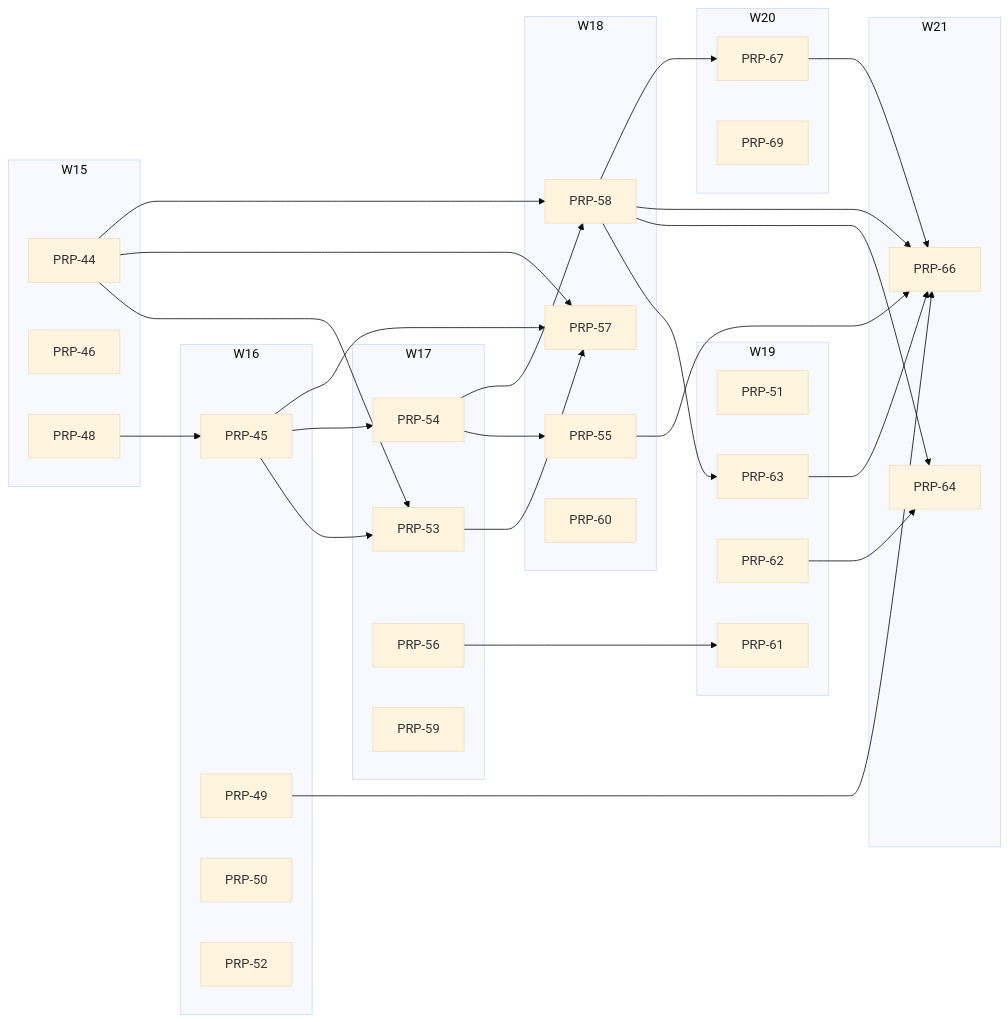
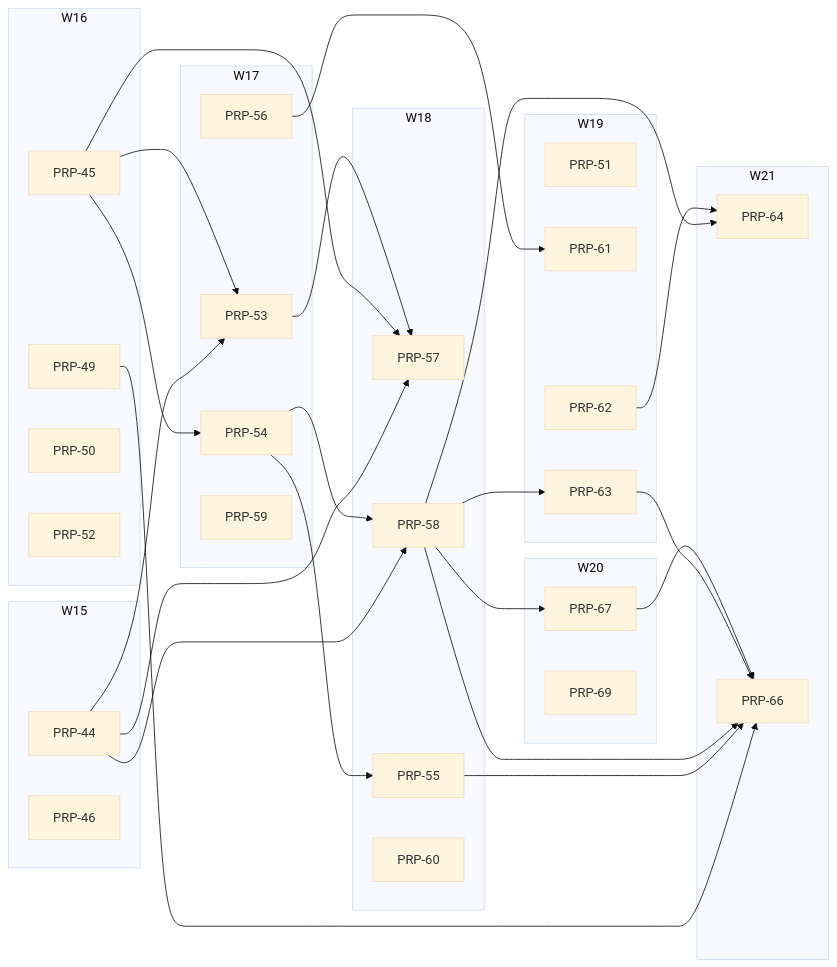
The diagram in PRPs/EXECUTION-PLAN.md (fgarofalo56/neurosphere), drawn with Mermaid (base theme) before and after one commit. The commit also changed other lines of this file and 11 other files, not shown here.

````diff
--- a/PRPs/EXECUTION-PLAN.md
+++ b/PRPs/EXECUTION-PLAN.md
@@ -129,60 +128,58 @@
 ```mermaid
 flowchart LR
   subgraph W15
     P44["PRP-44"]
     P46["PRP-46"]
-    P48["PRP-48"]
   end
   subgraph W16
     P45["PRP-45"]
     P49["PRP-49"]
     P50["PRP-50"]
     P52["PRP-52"]
   end
   subgraph W17
     P53["PRP-53"]
     P54["PRP-54"]
     P56["PRP-56"]
     P59["PRP-59"]
   end
   subgraph W18
     P57["PRP-57"]
     P55["PRP-55"]
     P58["PRP-58"]
     P60["PRP-60"]
   end
   subgraph W19
     P51["PRP-51"]
     P61["PRP-61"]
     P62["PRP-62"]
     P63["PRP-63"]
   end
   subgraph W20
     P67["PRP-67"]
     P69["PRP-69"]
   end
   subgraph W21
     P64["PRP-64"]
     P66["PRP-66"]
   end
-  P48 --> P45
   P44 --> P53
   P45 --> P53
   P45 --> P54
   P54 --> P55
   P44 --> P57
   P45 --> P57
   P53 --> P57
   P44 --> P58
   P54 --> P58
   P56 --> P61
   P58 --> P63
   P58 --> P64
   P62 --> P64
   P49 --> P66
   P55 --> P66
   P58 --> P66
   P63 --> P66
   P67 --> P66
   P58 --> P67
 ```
````
